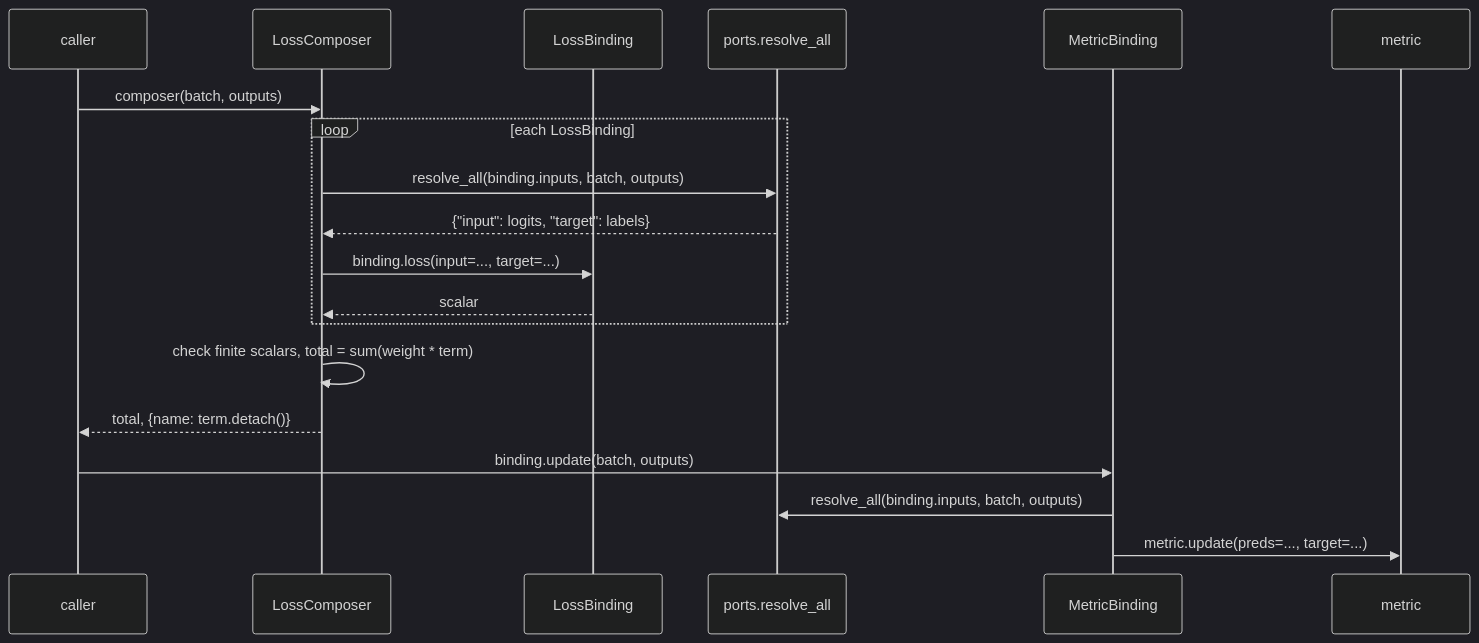
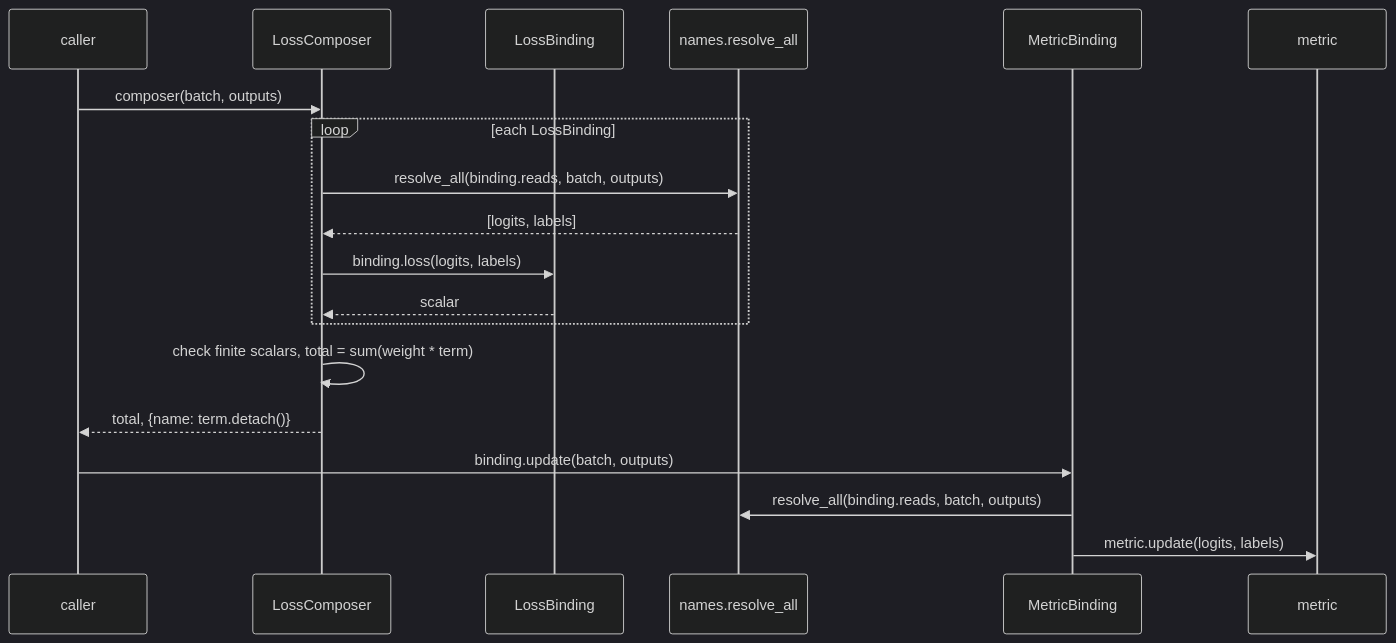
The third of 5 diagrams in COMMIT.md (tile-and-error/imagenet-classification), drawn with Mermaid (dark theme) before and after one commit. The commit also changed other lines of this file and 2 other files, not shown here.

````diff
--- a/COMMIT.md
+++ b/COMMIT.md
@@ -166,21 +199,21 @@
 ```mermaid
 sequenceDiagram
     participant C as caller
     participant L as LossComposer
     participant B as LossBinding
-    participant P as ports.resolve_all
+    participant R as names.resolve_all
     participant MB as MetricBinding
     participant MT as metric
     C->>L: composer(batch, outputs)
     loop each LossBinding
-        L->>P: resolve_all(binding.inputs, batch, outputs)
-        P-->>L: {"input": logits, "target": labels}
-        L->>B: binding.loss(input=..., target=...)
+        L->>R: resolve_all(binding.reads, batch, outputs)
+        R-->>L: [logits, labels]
+        L->>B: binding.loss(logits, labels)
         B-->>L: scalar
     end
     L->>L: check finite scalars, total = sum(weight * term)
     L-->>C: total, {name: term.detach()}
     C->>MB: binding.update(batch, outputs)
-    MB->>P: resolve_all(binding.inputs, batch, outputs)
-    MB->>MT: metric.update(preds=..., target=...)
+    MB->>R: resolve_all(binding.reads, batch, outputs)
+    MB->>MT: metric.update(logits, labels)
 ```
````
